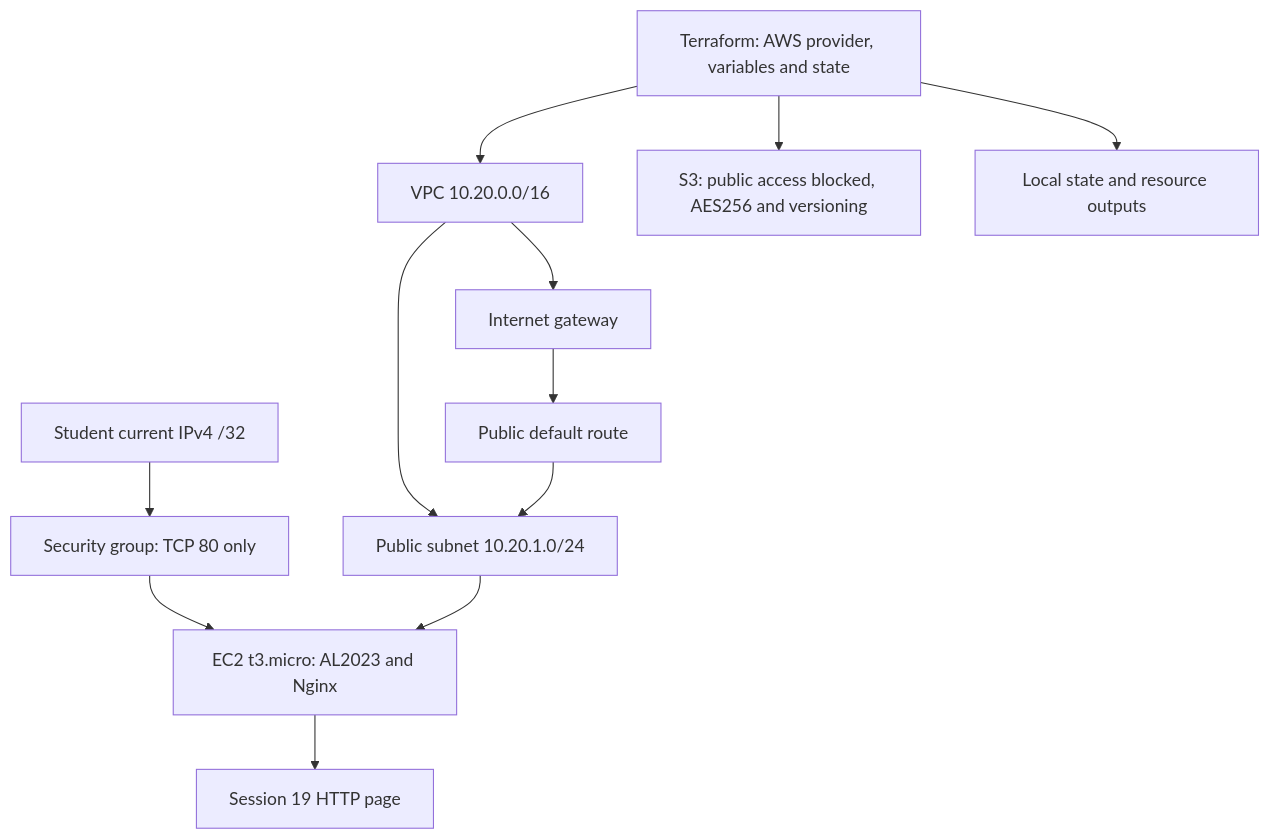
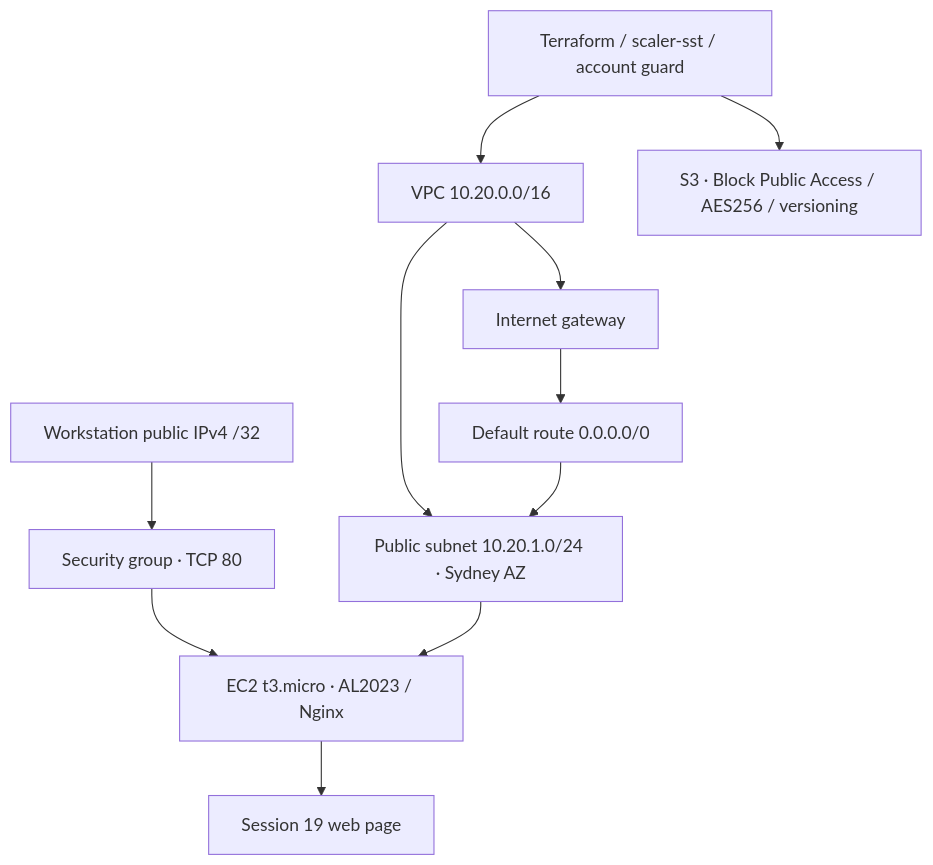
One commit to shivam24bcs10251-sys/devops-heros changed the diagram in session19-cloud-terraform/README.md. Above: the diagram before and after it, drawn with Mermaid. The commit also changed other lines of this file and 34 other files, not shown here.

````diff
--- a/session19-cloud-terraform/README.md
+++ b/session19-cloud-terraform/README.md
@@ -20,15 +21,13 @@
 ```mermaid
 flowchart TD
-    TF[Terraform: AWS provider, variables and state]
-    TF --> VPC[VPC 10.20.0.0/16]
-    VPC --> SUB[Public subnet 10.20.1.0/24]
-    VPC --> IGW[Internet gateway]
-    IGW --> RT[Public default route]
-    RT --> SUB
-    CLIENT[Student current IPv4 /32] --> SG[Security group: TCP 80 only]
-    SG --> EC2[EC2 t3.micro: AL2023 and Nginx]
-    SUB --> EC2
-    EC2 --> PAGE[Session 19 HTTP page]
-    TF --> S3[S3: public access blocked, AES256 and versioning]
-    TF --> STATE[Local state and resource outputs]
+  TF[Terraform / scaler-sst / account guard] --> VPC[VPC 10.20.0.0/16]
+  VPC --> SUB[Public subnet 10.20.1.0/24 · Sydney AZ]
+  VPC --> IGW[Internet gateway]
+  IGW --> RT[Default route 0.0.0.0/0]
+  RT --> SUB
+  Browser[Workstation public IPv4 /32] --> SG[Security group · TCP 80]
+  SG --> EC2[EC2 t3.micro · AL2023 / Nginx]
+  SUB --> EC2
+  EC2 --> Page[Session 19 web page]
+  TF --> S3[S3 · Block Public Access / AES256 / versioning]
 ```
````
